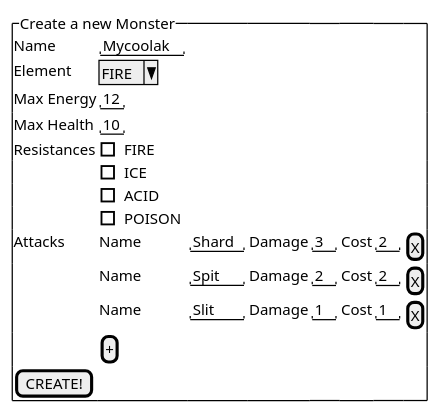
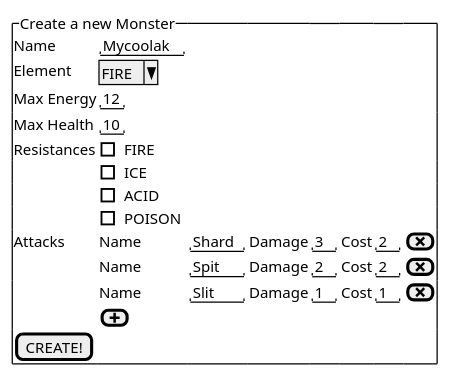
One commit to winterkultist/angular-monster-arena changed the diagram in assignments/08.forms.wireframe.puml. Above: the diagram before and after it, drawn with PlantUML. The commit also changed 6 other files, not shown here.

```diff
--- a/assignments/08.forms.wireframe.puml
+++ b/assignments/08.forms.wireframe.puml
@@ -1,20 +1,20 @@
 @startuml
 'https://plantuml.com/salt
 
 salt
 {^"Create a new Monster"
 Name        | "Mycoolak"
 Element     | ^FIRE^
 Max Energy  | "12"
 Max Health  | "10"
 Resistances | [] FIRE
 .           | [] ICE
 .           | [] ACID
 .           | [] POISON
-Attacks     | Name | "Shard" | Damage | "3 " | Cost | "2 " | [X]
-.           | Name | "Spit " | Damage | "2 " | Cost | "2 " | [X]
-.           | Name | "Slit " | Damage | "1 " | Cost | "1 " | [X]
-.           | [+]
+Attacks     | Name | "Shard" | Damage | "3 " | Cost | "2 " | [<&x>]
+.           | Name | "Spit " | Damage | "2 " | Cost | "2 " | [<&x>]
+.           | Name | "Slit " | Damage | "1 " | Cost | "1 " | [<&x>]
+.           | [<&plus>]
 [CREATE!]
 }
 @enduml
```
